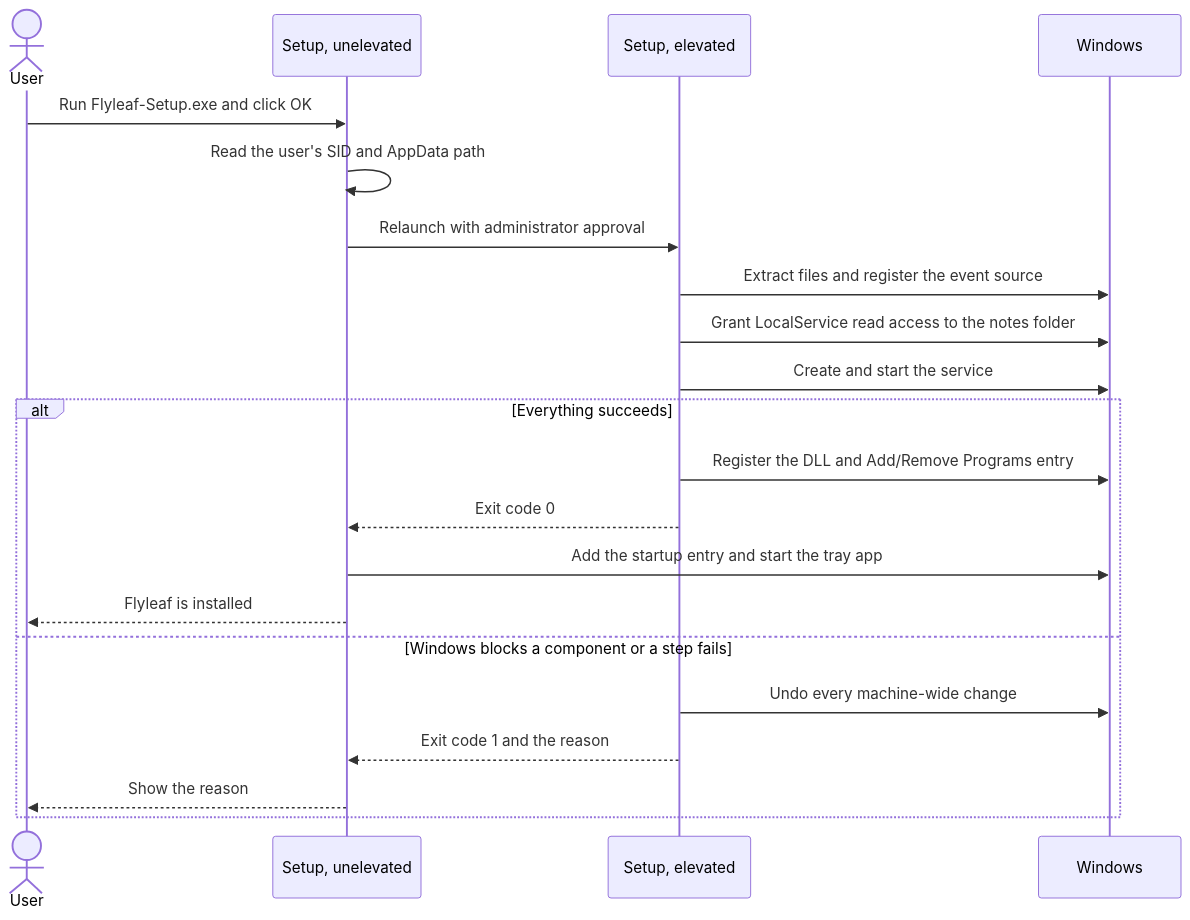
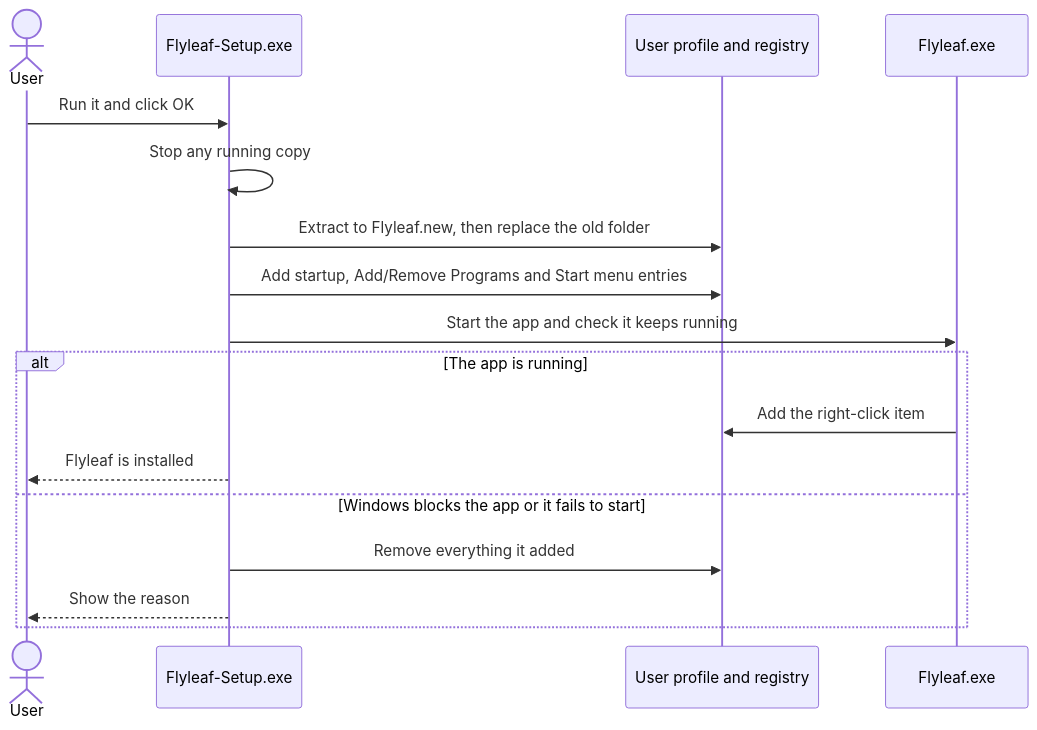
One commit to rakeshnamadi/FlyLeaf changed the eighth of 10 diagrams in Documentation/Technical-Documentation.md. Above: the diagram before and after it, drawn with Mermaid. The commit also changed other lines of this file and 9 other files, not shown here.

First line of the commit message:
Make Flyleaf-Setup.exe install the one-app version per user

````diff
--- a/Documentation/Technical-Documentation.md
+++ b/Documentation/Technical-Documentation.md
@@ -278,24 +280,20 @@
 ```mermaid
 sequenceDiagram
     actor User
-    participant Setup as Setup, unelevated
-    participant Elevated as Setup, elevated
-    participant Windows
+    participant Setup as Flyleaf-Setup.exe
+    participant Profile as User profile and registry
+    participant App as Flyleaf.exe
 
-    User->>Setup: Run Flyleaf-Setup.exe and click OK
-    Setup->>Setup: Read the user's SID and AppData path
-    Setup->>Elevated: Relaunch with administrator approval
-    Elevated->>Windows: Extract files and register the event source
-    Elevated->>Windows: Grant LocalService read access to the notes folder
-    Elevated->>Windows: Create and start the service
-    alt Everything succeeds
-        Elevated->>Windows: Register the DLL and Add/Remove Programs entry
-        Elevated-->>Setup: Exit code 0
-        Setup->>Windows: Add the startup entry and start the tray app
+    User->>Setup: Run it and click OK
+    Setup->>Setup: Stop any running copy
+    Setup->>Profile: Extract to Flyleaf.new, then replace the old folder
+    Setup->>Profile: Add startup, Add/Remove Programs and Start menu entries
+    Setup->>App: Start the app and check it keeps running
+    alt The app is running
+        App->>Profile: Add the right-click item
         Setup-->>User: Flyleaf is installed
-    else Windows blocks a component or a step fails
-        Elevated->>Windows: Undo every machine-wide change
-        Elevated-->>Setup: Exit code 1 and the reason
+    else Windows blocks the app or it fails to start
+        Setup->>Profile: Remove everything it added
         Setup-->>User: Show the reason
     end
 ```
````
